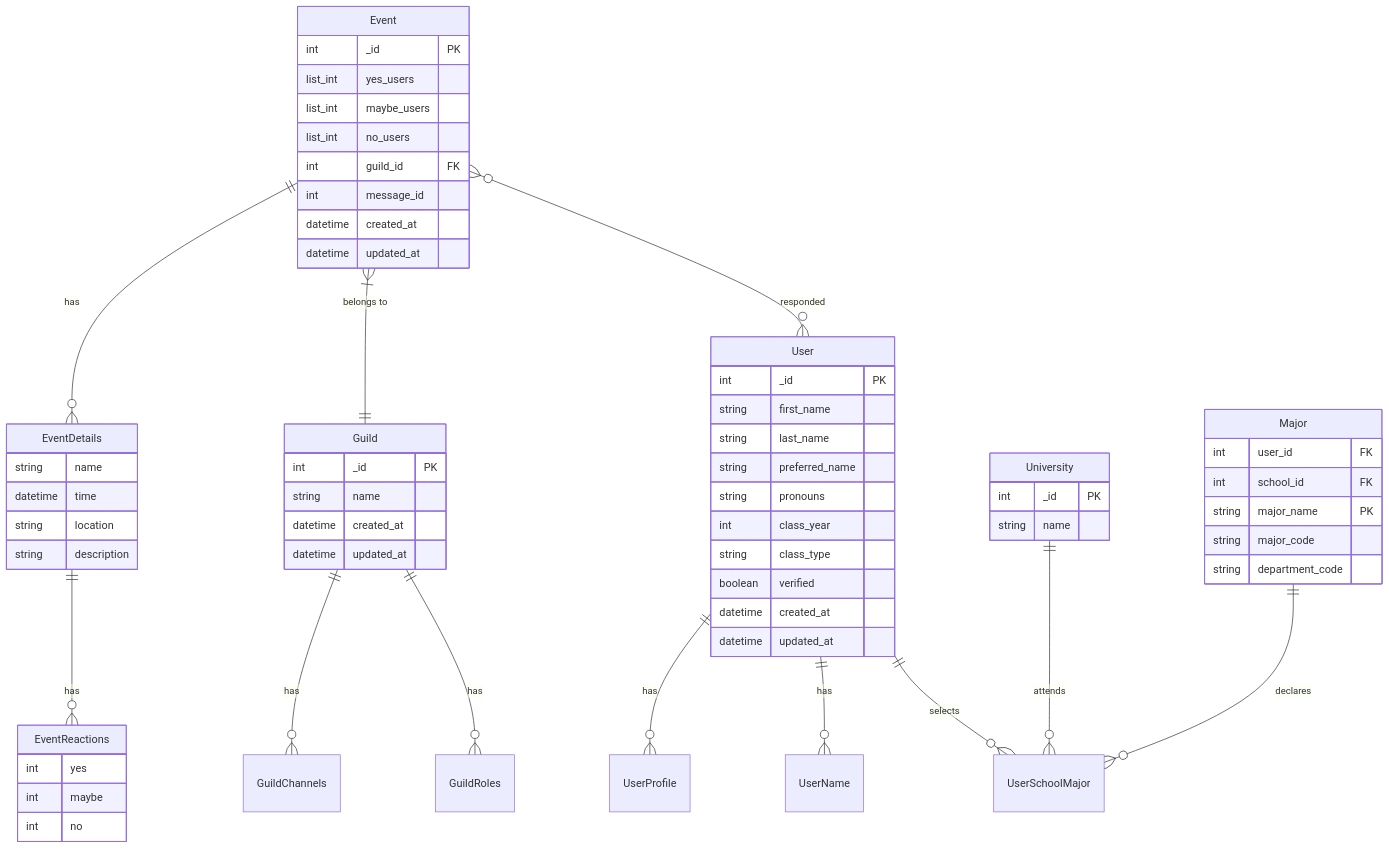
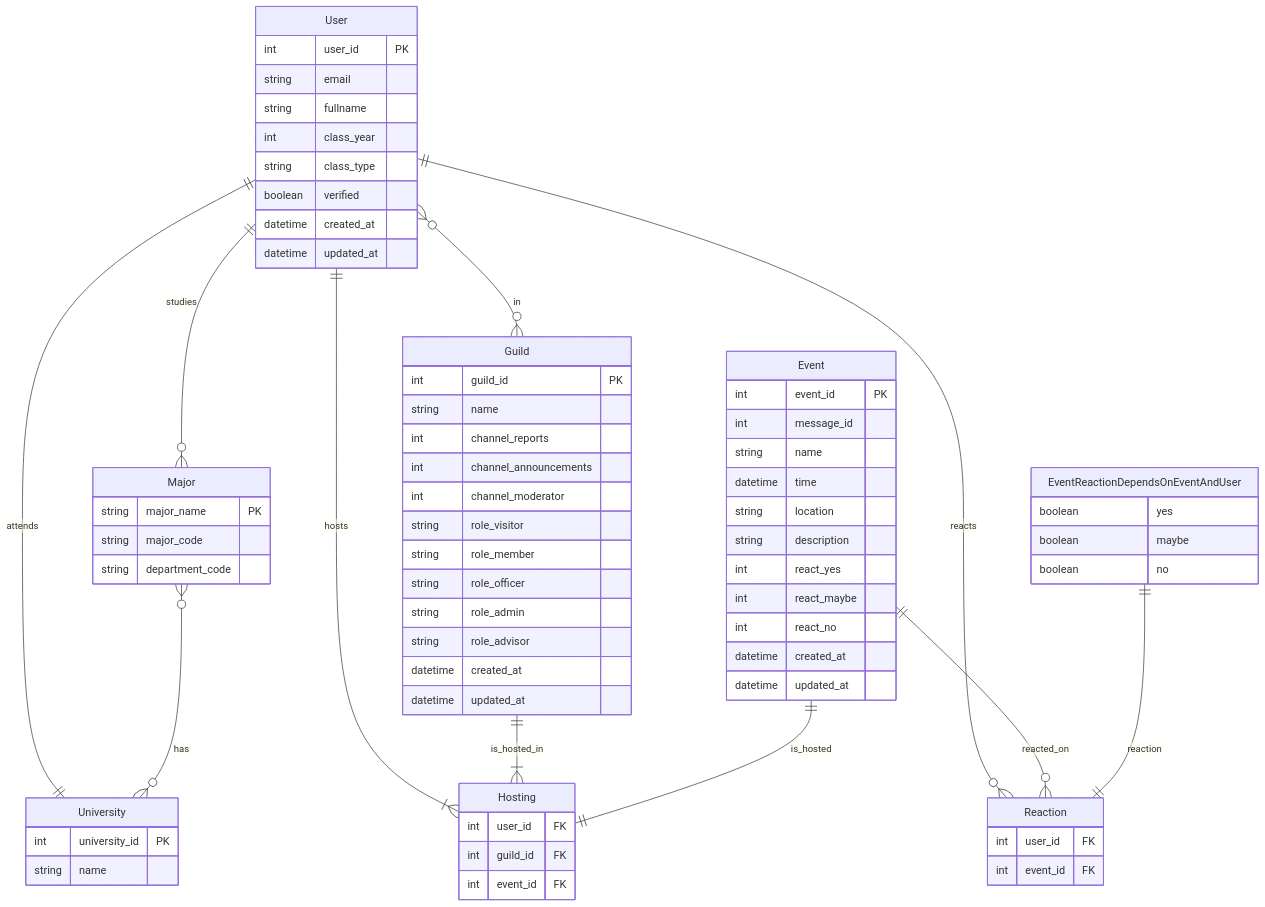
The diagram in src/capy_app/backend/db/er_diagram.md (CApy-RPI/mvp), drawn with Mermaid before and after one commit. The commit also changed other lines of this file, not shown here.

Commit message:
[Database] update ER diagram, currently complete, needs review

````diff
--- a/src/capy_app/backend/db/er_diagram.md
+++ b/src/capy_app/backend/db/er_diagram.md
@@ -1,11 +3,9 @@
 ```mermaid
 erDiagram
     User {
-        int _id PK
-        string first_name
-        string last_name
-        string preferred_name
-        string pronouns
+        int user_id PK
+        string email
+        string fullname
         int class_year
         string class_type
         boolean verified
@@ -14,61 +14,73 @@
     }
 
     University {
-        int _id PK
+        int university_id PK
         string name
     }
 
     Major {
-        int user_id FK
-        int school_id FK
         string major_name PK
         string major_code
         string department_code
-
     }
 
     Guild {
-        int _id PK
+        int guild_id PK
         string name
+        int channel_reports
+        int channel_announcements
+        int channel_moderator
+        string role_visitor
+        string role_member
+        string role_officer
+        string role_admin
+        string role_advisor
         datetime created_at
         datetime updated_at
     }
 
     Event {
-        int _id PK
-        list_int yes_users
-        list_int maybe_users
-        list_int no_users
-        int guild_id FK
+        int event_id PK
         int message_id
+        string name
+        datetime time
+        string location
+        string description
+        int react_yes
+        int react_maybe
+        int react_no
         datetime created_at
         datetime updated_at
     }
 
-    EventDetails {
-        string name
-        datetime time
-        string location
-        string description
+    User ||--|| University : "attends"
+    User ||--o{ Major : "studies"
+    Major }o--o{ University : "has"
+    User }o--o{ Guild : "in"
+
+    Hosting {
+        int user_id FK
+        int guild_id FK
+        int event_id FK
     }
 
-    EventReactions {
-        int yes
-        int maybe
-        int no
+    User ||--|{ Hosting : "hosts"
+    Guild ||--|{ Hosting : "is_hosted_in"
+    Event ||--|| Hosting : "is_hosted"
+
+    EventReactionDependsOnEventAndUser {
+        boolean yes
+        boolean maybe
+        boolean no
     }
 
-    User ||--o{ UserProfile : "has"
-    User ||--o{ UserName : "has"
-    Guild ||--o{ GuildChannels : "has"
-    Guild ||--o{ GuildRoles : "has"
-    Event ||--o{ EventDetails : "has"
-    EventDetails ||--o{ EventReactions : "has"
+    Reaction {
+        int user_id FK
+        int event_id FK
+    }
 
-    Event }|--|| Guild : "belongs to"
-    Event }o--o{ User : "responded"
+    User ||--o{ Reaction : "reacts"
+    Event ||--o{ Reaction : "reacted_on"
+   EventReactionDependsOnEventAndUser ||--|| Reaction : "reaction" 
 
-    User ||--o{ UserSchoolMajor : "selects"
-    University ||--o{ UserSchoolMajor : "attends"
-    Major ||--o{ UserSchoolMajor : "declares"
 ```
````
